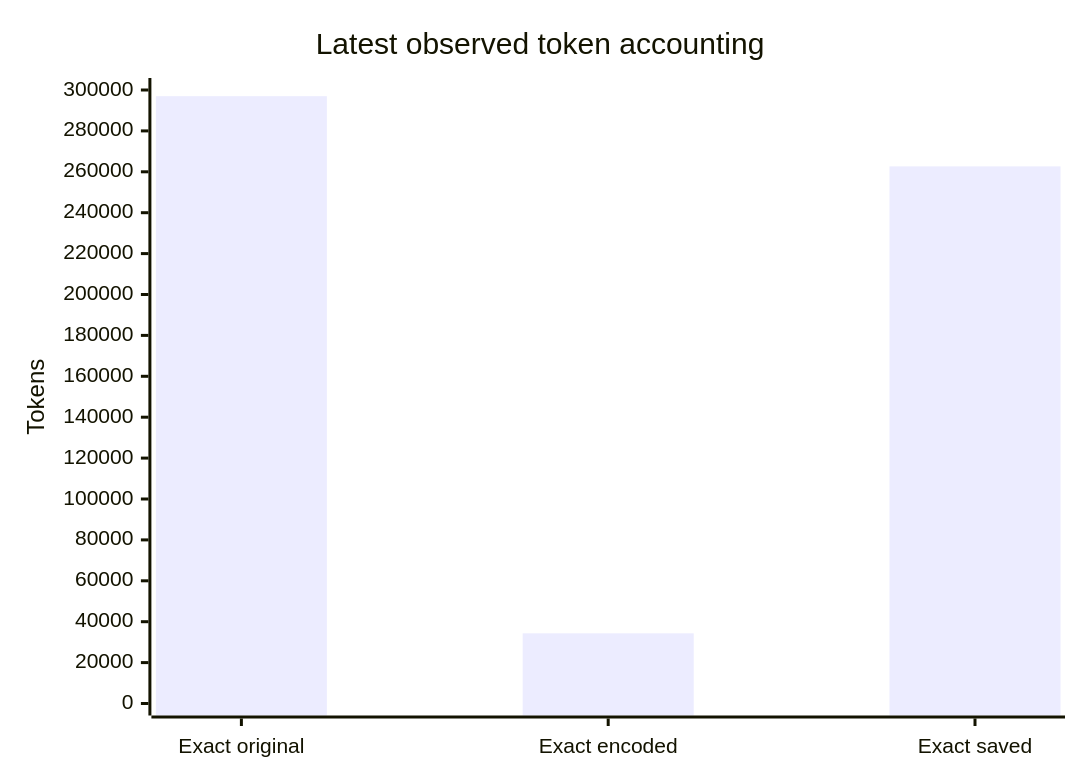
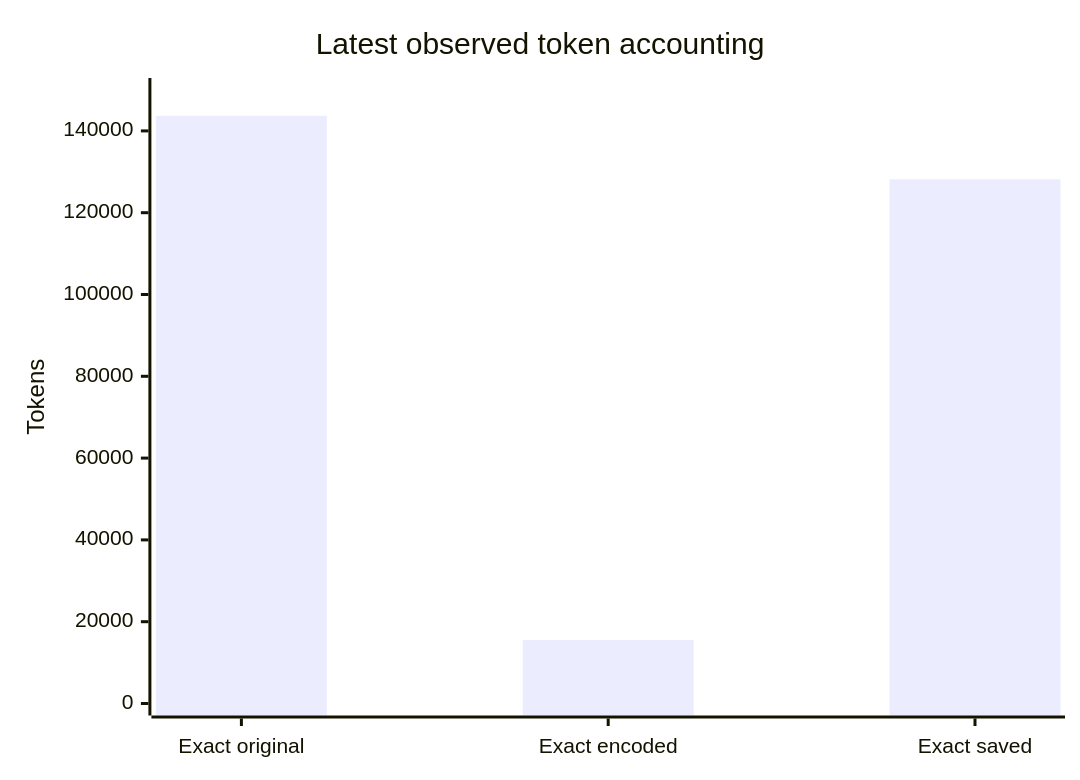
Before and after one commit to icedmoca/neura: the ninth of 12 diagrams in HALLUCINATION_MITIGATION.md, drawn with Mermaid. The commit also changed other lines of this file, not shown here.

````diff
--- a/HALLUCINATION_MITIGATION.md
+++ b/HALLUCINATION_MITIGATION.md
@@ -265,7 +272,7 @@
 ```mermaid
 xychart-beta
     title "Latest observed token accounting"
     x-axis ["Exact original", "Exact encoded", "Exact saved"]
-    y-axis "Tokens" 0 --> 300000
-    bar [296971, 34315, 262656]
+    y-axis "Tokens" 0 --> 150000
+    bar [143681, 15503, 128178]
 ```
````
